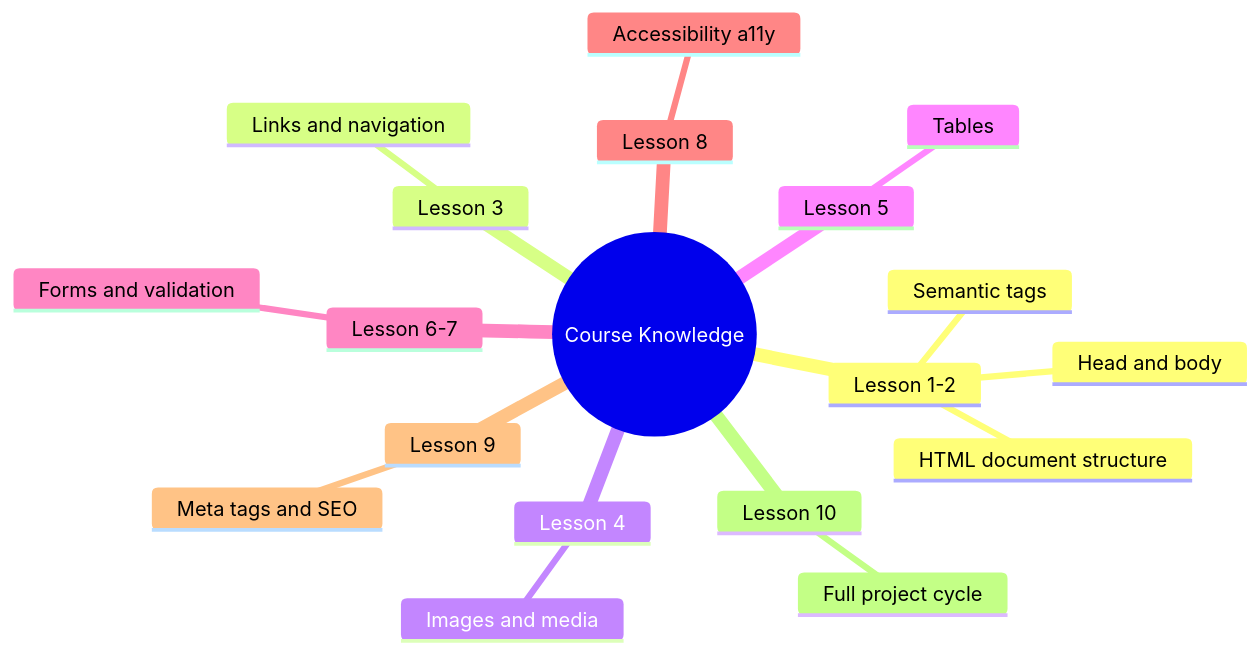
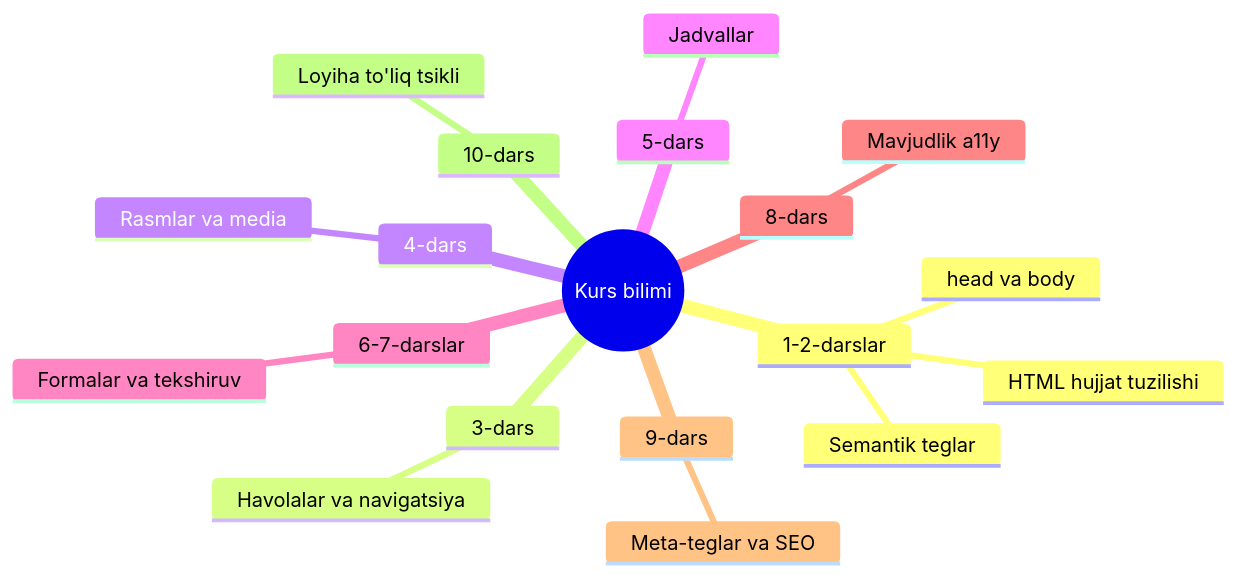
The second of 2 diagrams in Lesson-10/uz/Yakuniy loyiha rejalashtirishdan nashr etishgacha.md (JLearn-space/HTML), drawn with Mermaid before and after one commit. The commit also changed other lines of this file and 12 other files, not shown here.

Commit message:
Fix typos, broken markdown, Mermaid diagrams, localize RU/UZ labels, rename mixed-script filename

````diff
--- a/Lesson-10/uz/Yakuniy loyiha rejalashtirishdan nashr etishgacha.md
+++ b/Lesson-10/uz/Yakuniy loyiha rejalashtirishdan nashr etishgacha.md
@@ -363,22 +363,22 @@
 ```mermaid
 mindmap
-  root((Course Knowledge))
-    Lesson 1-2
-      HTML document structure
-      Semantic tags
-      Head and body
-    Lesson 3
-      Links and navigation
-    Lesson 4
-      Images and media
-    Lesson 5
-      Tables
-    Lesson 6-7
-      Forms and validation
-    Lesson 8
-      Accessibility a11y
-    Lesson 9
-      Meta tags and SEO
-    Lesson 10
-      Full project cycle
+  root((Kurs bilimi))
+    1-2-darslar
+      HTML hujjat tuzilishi
+      Semantik teglar
+      head va body
+    3-dars
+      Havolalar va navigatsiya
+    4-dars
+      Rasmlar va media
+    5-dars
+      Jadvallar
+    6-7-darslar
+      Formalar va tekshiruv
+    8-dars
+      Mavjudlik a11y
+    9-dars
+      Meta-teglar va SEO
+    10-dars
+      Loyiha to'liq tsikli
 ```
````
